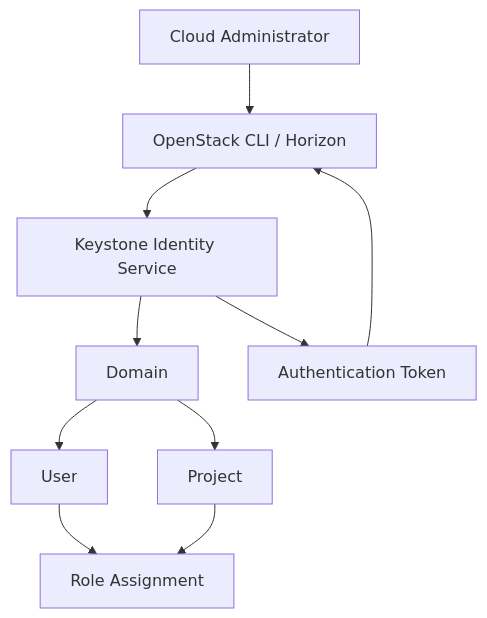
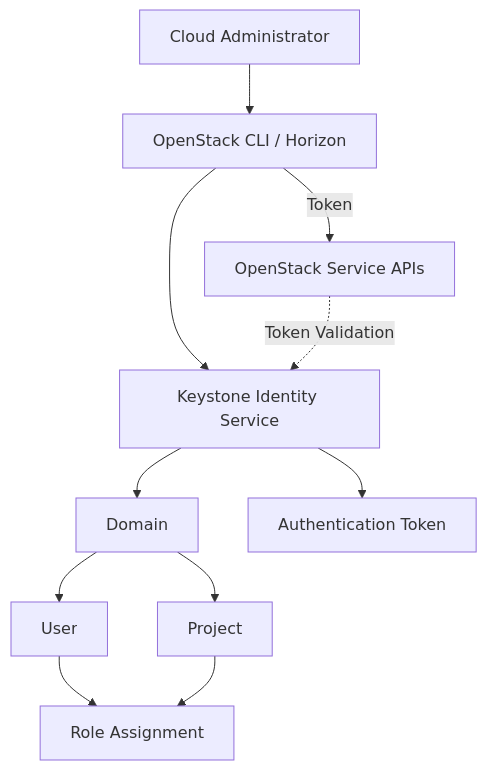
The diagram in docs/keystone-identity.md (elahegivi/openstack-private-cloud-lab), drawn with Mermaid before and after one commit. The commit also changed other lines of this file, not shown here.

Commit message:
Refine OpenStack Keystone identity documentation

````diff
--- a/docs/keystone-identity.md
+++ b/docs/keystone-identity.md
@@ -27,25 +25,27 @@
 ```mermaid
 flowchart TD
     ADMIN["Cloud Administrator"]
-    CLI["OpenStack CLI / Horizon"]
+    CLIENT["OpenStack CLI / Horizon"]
     KEYSTONE["Keystone Identity Service"]
 
     DOMAIN["Domain"]
     PROJECT["Project"]
     USER["User"]
     ROLE["Role Assignment"]
     TOKEN["Authentication Token"]
+    API["OpenStack Service APIs"]
 
-    ADMIN --> CLI
-    CLI --> KEYSTONE
+    ADMIN --> CLIENT
+    CLIENT --> KEYSTONE
 
     KEYSTONE --> DOMAIN
     DOMAIN --> PROJECT
     DOMAIN --> USER
 
     USER --> ROLE
     PROJECT --> ROLE
 
     KEYSTONE --> TOKEN
-    TOKEN --> CLI
+    CLIENT -->|"Token"| API
+    API -. "Token Validation" .-> KEYSTONE
 ```
````
